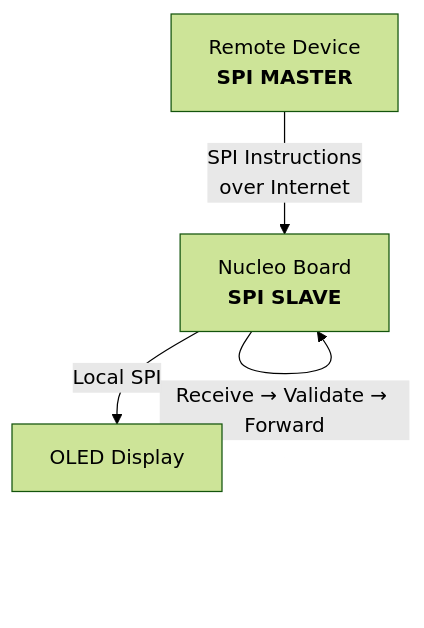
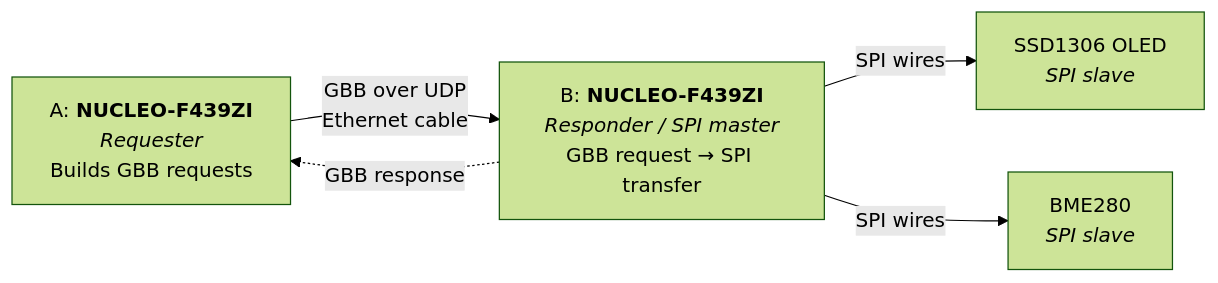
The diagram in README.md (Kartoffelbauer/rts-open1722-remote-spi), drawn with Mermaid (forest theme) before and after one commit. The commit also changed other lines of this file, not shown here.

````diff
--- a/README.md
+++ b/README.md
@@ -5,12 +11,12 @@
 ```mermaid
-graph TD
-    %% Nodes
-    A[Remote Device<br/><b>SPI MASTER</b>]
-    B[Nucleo Board<br/><b>SPI SLAVE</b>]
-    C[OLED Display]
-
-    %% Connections
-    A -->|SPI Instructions<br/>over Internet| B
-    B -->|Receive → Validate → Forward| B
-    B -->|Local SPI| C
+flowchart LR
+    A["A: <b>NUCLEO-F439ZI</b><br/><i>Requester</i><br/>Builds GBB requests"]
+    B["B: <b>NUCLEO-F439ZI</b><br/><i>Responder / SPI master</i><br/>GBB request → SPI transfer"]
+    O["SSD1306 OLED<br/><i>SPI slave</i>"]
+    S["BME280<br/><i>SPI slave</i>"]
+ 
+    A -- "GBB over UDP<br/>Ethernet cable" --> B
+    B -. "GBB response" .-> A
+    B -- "SPI wires" --> O
+    B -- "SPI wires" --> S
 ```
````
